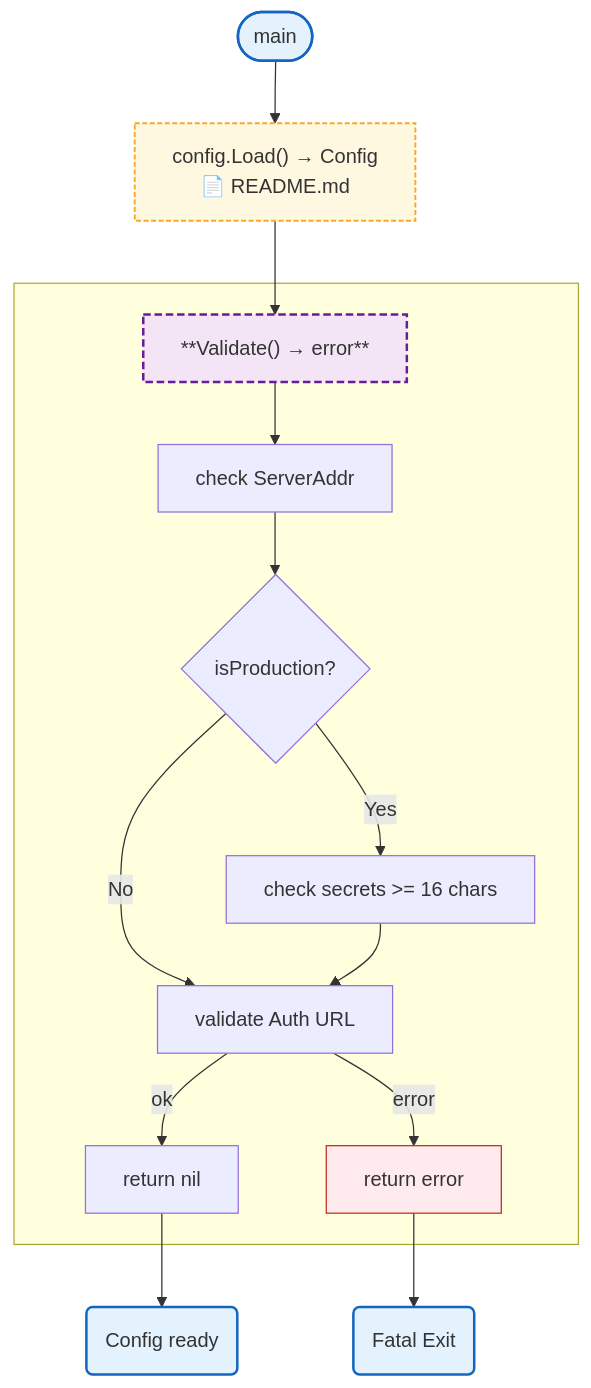
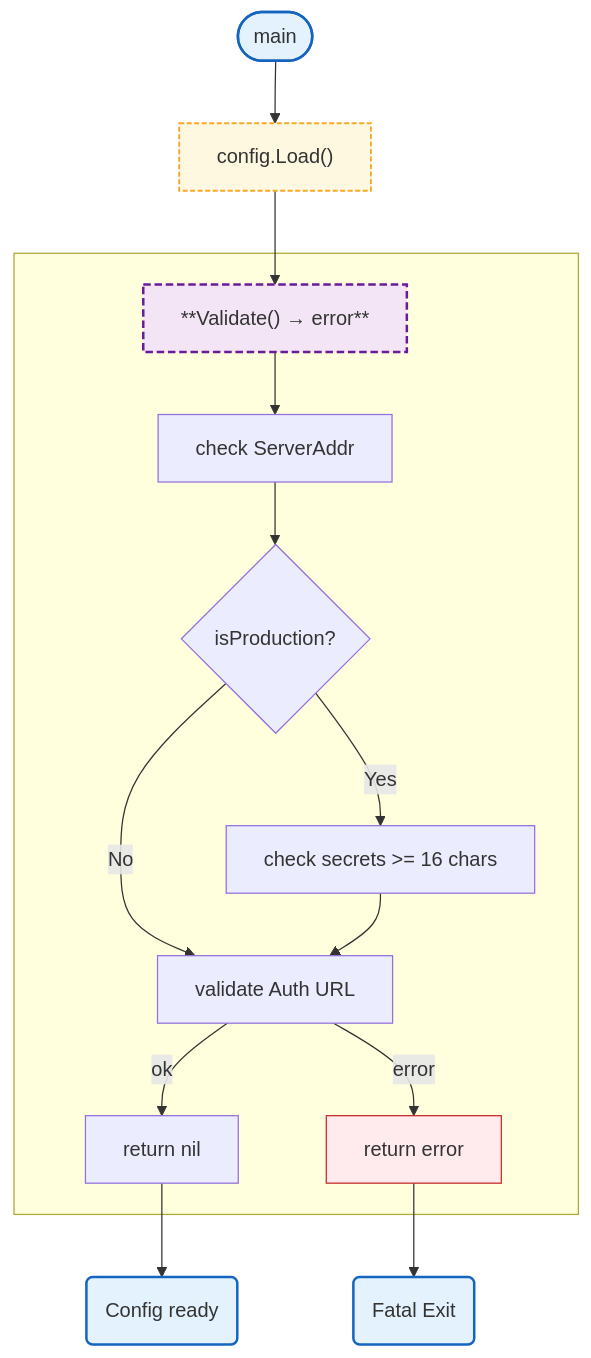
The diagram in docs/config/README.md (radch-ai/ava), drawn with Mermaid before and after one commit. The commit also changed 8 other files, not shown here.

````diff
--- a/docs/config/README.md
+++ b/docs/config/README.md
@@ -7,30 +7,29 @@
 ```mermaid
 flowchart TB
-    Start([main]) --> LoadCfg["config.Load() → Config
-    📄 README.md"]
+    Start([main]) --> LoadCfg["config.Load()"]
     LoadCfg --> HValidate
 
     subgraph SGValidate [" "]
         HValidate["**Validate() → error**"]
         HValidate --> CheckAddr["check ServerAddr"]
         CheckAddr --> CheckProd{isProduction?}
         CheckProd -->|Yes| CheckSecrets["check secrets >= 16 chars"]
         CheckProd -->|No| CheckURL["validate Auth URL"]
         CheckSecrets --> CheckURL
         CheckURL -->|ok| ValidNil["return nil"]
         CheckURL -->|error| ValidErr["return error"]
     end
 
     ValidNil --> Done("Config ready")
     ValidErr --> Fatal("Fatal Exit")
 
     classDef mainFn fill:#e3f2fd,stroke:#1565c0,stroke-width:2px
     classDef internalFn fill:#f3e5f5,stroke:#6a1b9a,stroke-width:2px,stroke-dasharray:6 3
     classDef localPkgs fill:#fff8e1,stroke:#f9a825,stroke-width:1.5px,stroke-dasharray:4 2
     classDef errorFlow fill:#ffebee,stroke:#c62828,stroke-width:1px
 
     class Start,Done,Fatal mainFn
     class LoadCfg localPkgs
     class HValidate internalFn
     class ValidErr errorFlow
 ```
````
